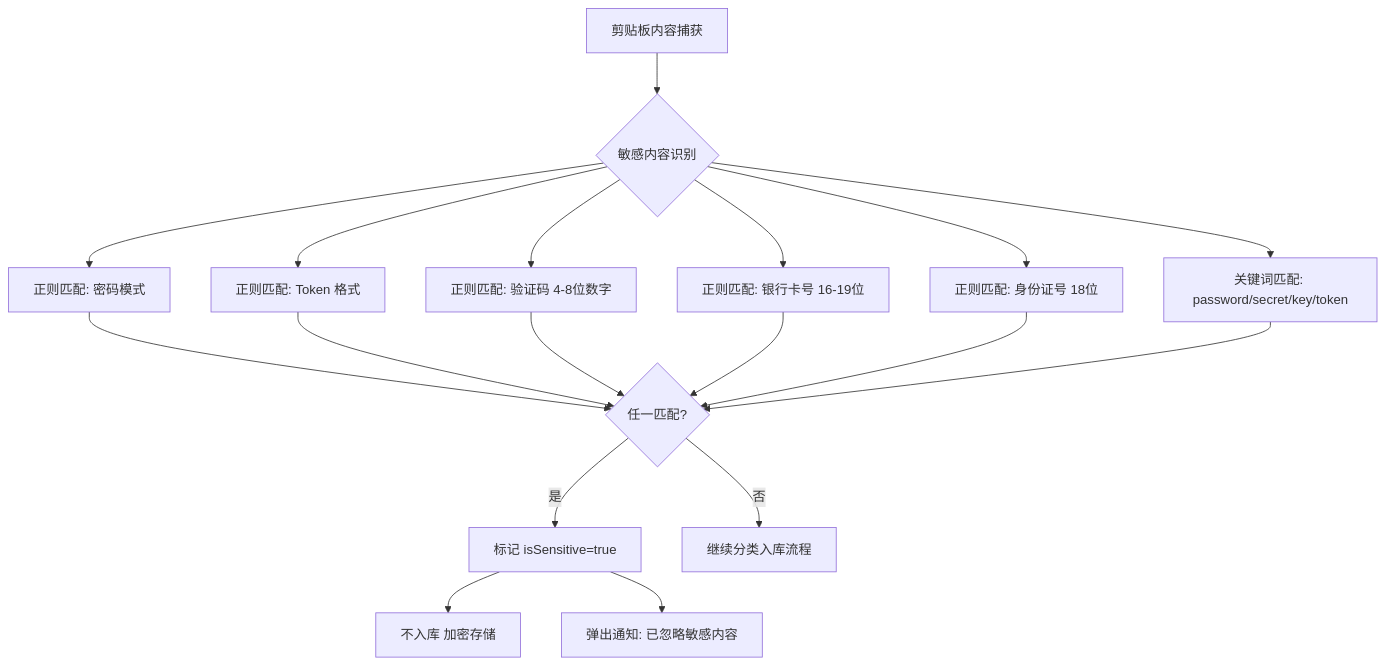
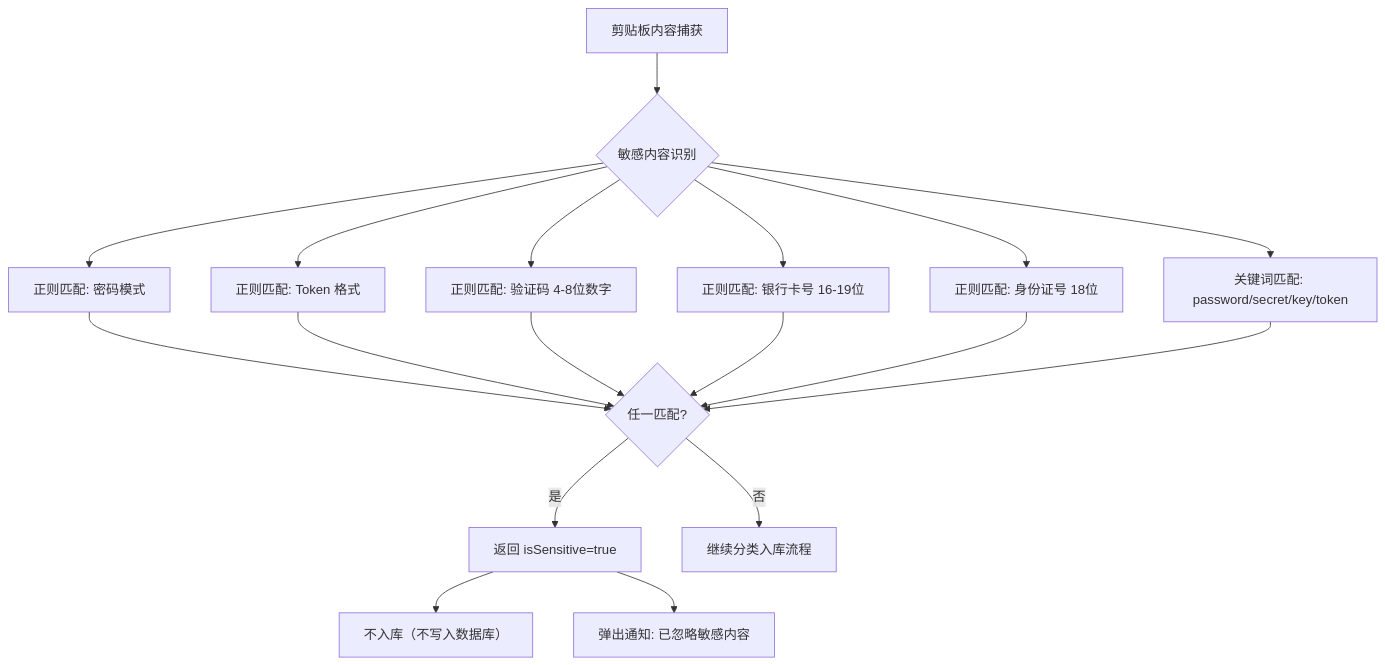
The seventh of 13 diagrams in docs/planning/P0/F1/F1_ClipMind_设计规范.md (marcocpt/ClipMind), drawn with Mermaid before and after one commit. The commit also changed other lines of this file, not shown here.

````diff
--- a/docs/planning/P0/F1/F1_ClipMind_设计规范.md
+++ b/docs/planning/P0/F1/F1_ClipMind_设计规范.md
@@ -337,24 +337,24 @@
 ```mermaid
 flowchart TD
     A[剪贴板内容捕获] --> B{敏感内容识别}
     
     B --> B1[正则匹配: 密码模式]
     B --> B2[正则匹配: Token 格式]
     B --> B3[正则匹配: 验证码 4-8位数字]
     B --> B4[正则匹配: 银行卡号 16-19位]
     B --> B5[正则匹配: 身份证号 18位]
     B --> B6[关键词匹配: password/secret/key/token]
     
     B1 --> C{任一匹配?}
     B2 --> C
     B3 --> C
     B4 --> C
     B5 --> C
     B6 --> C
     
-    C -- 是 --> D[标记 isSensitive=true]
-    D --> E[不入库 加密存储]
+    C -- 是 --> D[返回 isSensitive=true]
+    D --> E[不入库（不写入数据库）]
     D --> F[弹出通知: 已忽略敏感内容]
     
     C -- 否 --> G[继续分类入库流程]
 ```
````
